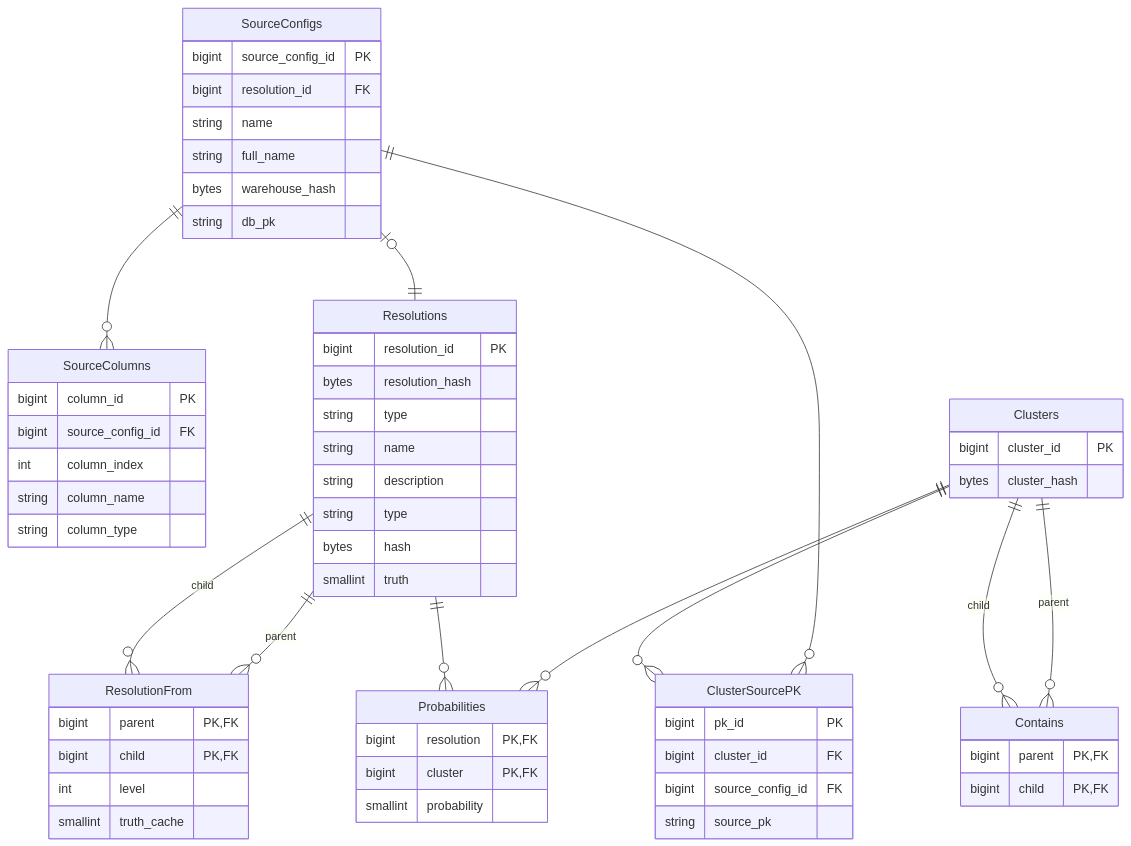
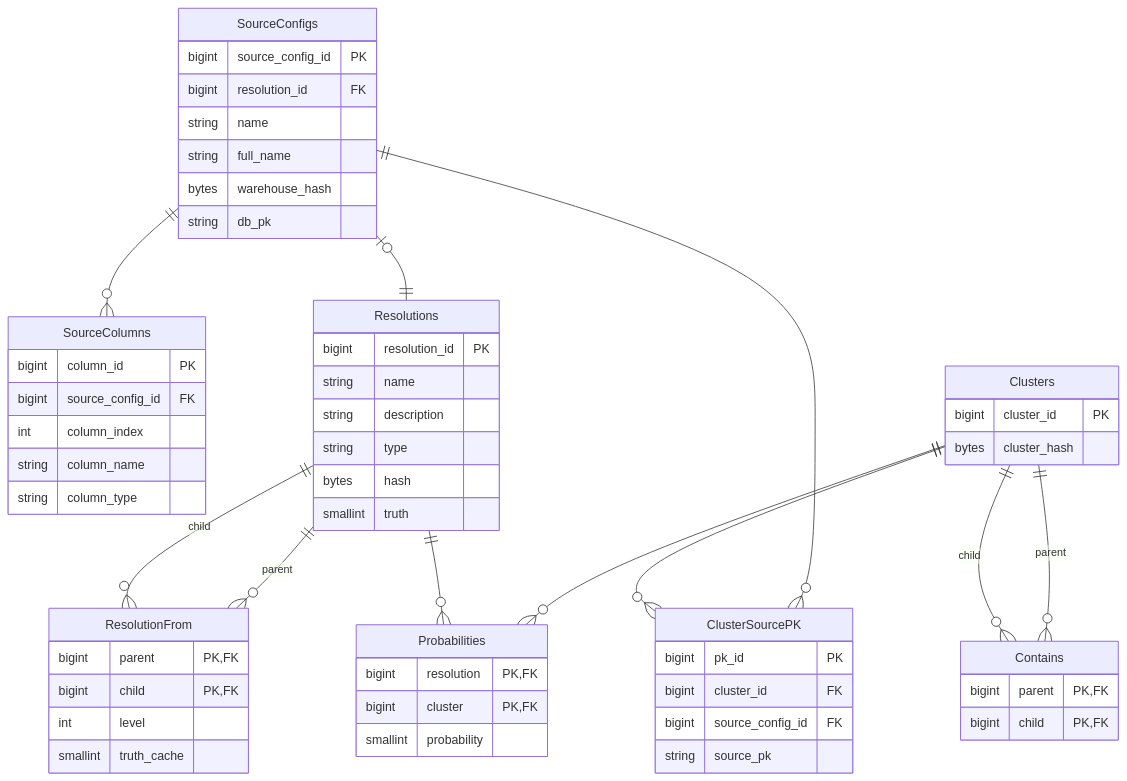
One commit to will-langdale/matchbox changed the diagram in docs/api/server/backends/postgresql.md. Above: the diagram before and after it, drawn with Mermaid.

Commit message:
Revert changes to resolutions ORM docs

````diff
--- a/docs/api/server/backends/postgresql.md
+++ b/docs/api/server/backends/postgresql.md
@@ -10,64 +10,62 @@
 ```mermaid
 erDiagram
     SourceConfigs {
         bigint source_config_id PK
         bigint resolution_id FK
         string name
         string full_name
         bytes warehouse_hash
         string db_pk
     }
     SourceColumns {
         bigint column_id PK
         bigint source_config_id FK
         int column_index
         string column_name
         string column_type
     }
     Clusters {
         bigint cluster_id PK
         bytes cluster_hash
     }
     ClusterSourcePK {
         bigint pk_id PK
         bigint cluster_id FK
         bigint source_config_id FK
         string source_pk
     }
     Contains {
         bigint parent PK,FK
         bigint child PK,FK
     }
     Probabilities {
         bigint resolution PK,FK
         bigint cluster PK,FK
         smallint probability
     }
     Resolutions {
         bigint resolution_id PK
-        bytes resolution_hash
-        string type
         string name
         string description
         string type
         bytes hash
         smallint truth
     }
     ResolutionFrom {
         bigint parent PK,FK
         bigint child PK,FK
         int level
         smallint truth_cache
     }
 
     SourceConfigs |o--|| Resolutions : ""
     SourceConfigs ||--o{ SourceColumns : ""
     SourceConfigs ||--o{ ClusterSourcePK : ""
     Clusters ||--o{ ClusterSourcePK : ""
     Clusters ||--o{ Probabilities : ""
     Clusters ||--o{ Contains : "parent"
     Contains }o--|| Clusters : "child"
     Resolutions ||--o{ Probabilities : ""
     Resolutions ||--o{ ResolutionFrom : "parent"
     ResolutionFrom }o--|| Resolutions : "child"
 ```
````
